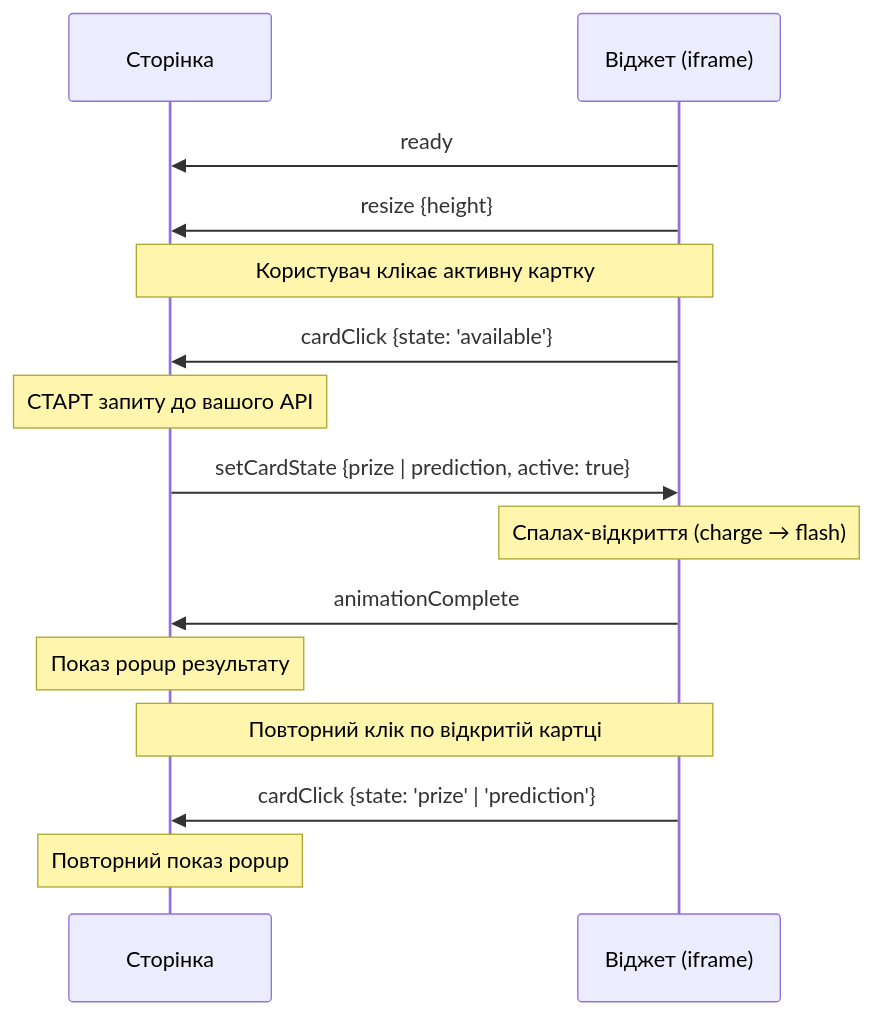
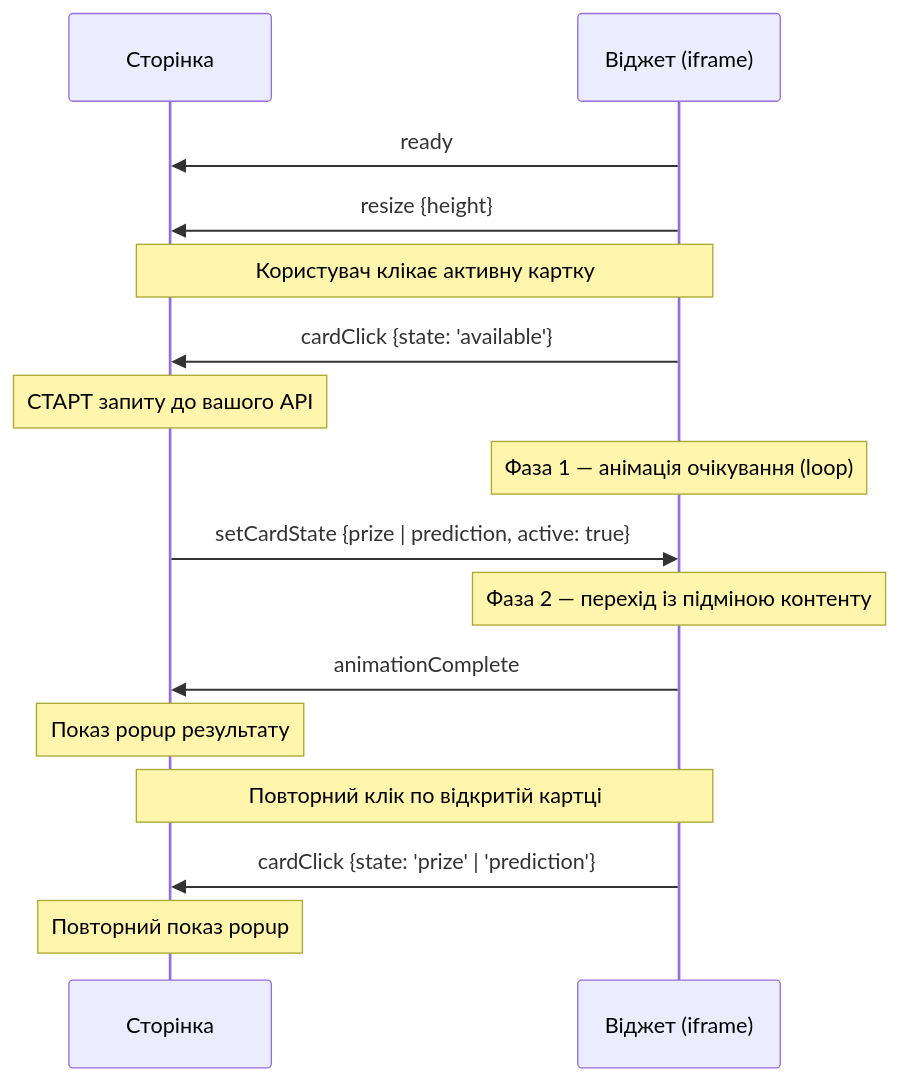
Before and after one commit to viktor-hirenko/vegas-lootboxes: the second of 2 diagrams in INTEGRATION.md, drawn with Mermaid. The commit also changed other lines of this file and 1 other file, not shown here.

````diff
--- a/INTEGRATION.md
+++ b/INTEGRATION.md
@@ -180,17 +212,18 @@
 ```mermaid
 sequenceDiagram
   participant P as Сторінка
   participant W as Віджет (iframe)
   W->>P: ready
   W->>P: resize {height}
   Note over P,W: Користувач клікає активну картку
   W->>P: cardClick {state: 'available'}
   Note over P: СТАРТ запиту до вашого API
+  Note over W: Фаза 1 — анімація очікування (loop)
   P->>W: setCardState {prize | prediction, active: true}
-  Note over W: Спалах-відкриття (charge → flash)
+  Note over W: Фаза 2 — перехід із підміною контенту
   W->>P: animationComplete
   Note over P: Показ popup результату
   Note over P,W: Повторний клік по відкритій картці
   W->>P: cardClick {state: 'prize' | 'prediction'}
   Note over P: Повторний показ popup
 ```
````
